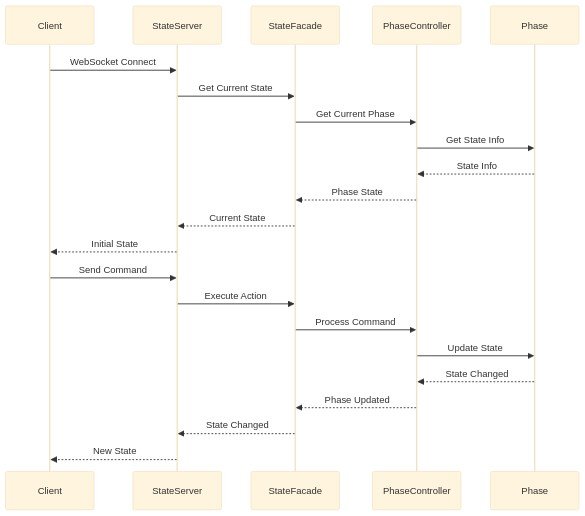
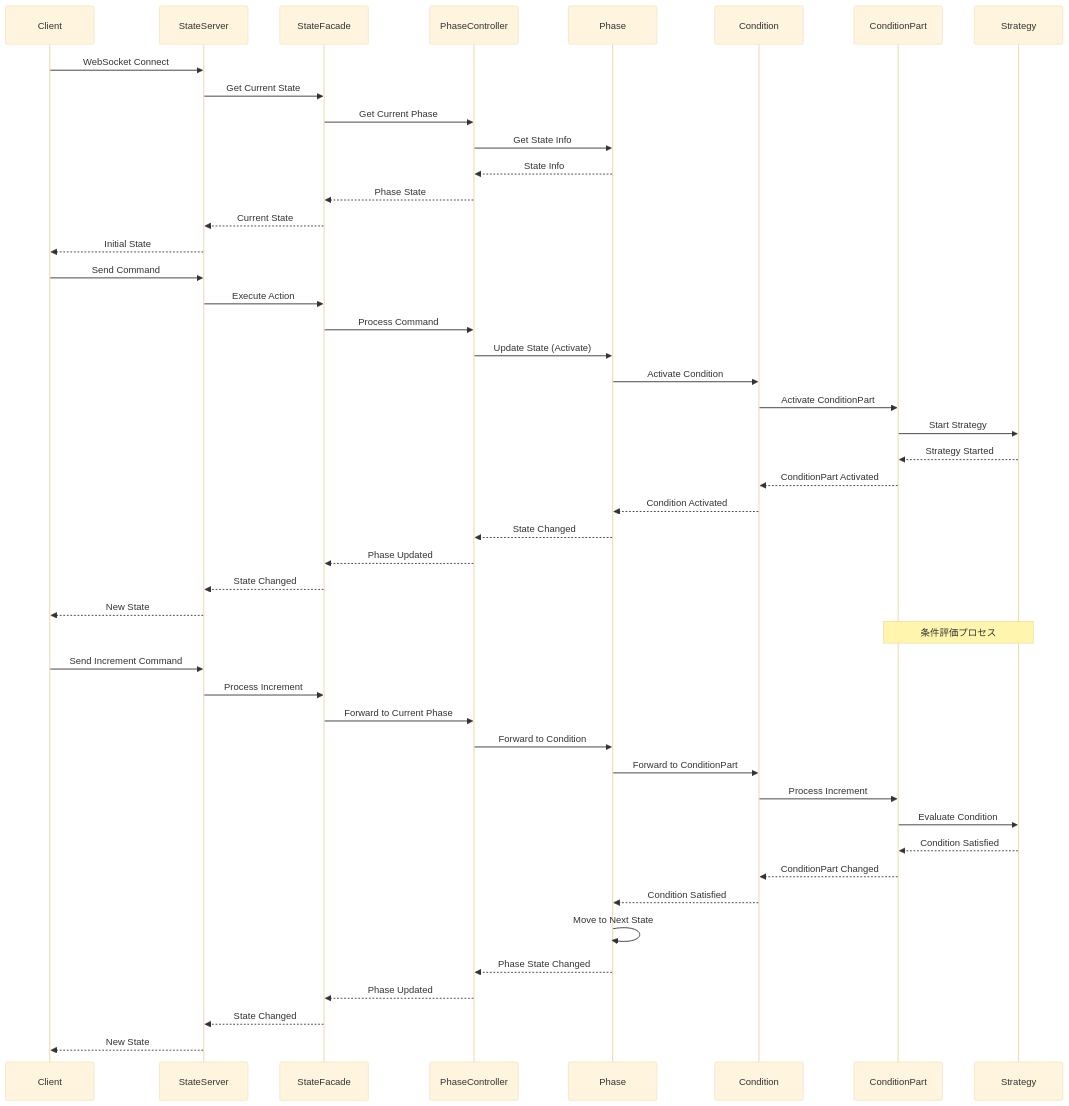
The second of 8 diagrams in docs/README.md (mormorbump/FsmStateMachineSample), drawn with Mermaid (base theme) before and after one commit. The commit also changed other lines of this file, not shown here.

````diff
--- a/docs/README.md
+++ b/docs/README.md
@@ -61,26 +61,52 @@
 ```mermaid
 sequenceDiagram
     participant C as Client
     participant S as StateServer
     participant F as StateFacade
     participant PC as PhaseController
     participant P as Phase
+    participant Cond as Condition
+    participant CP as ConditionPart
+    participant Strat as Strategy
 
     C->>S: WebSocket Connect
     S->>F: Get Current State
     F->>PC: Get Current Phase
     PC->>P: Get State Info
     P-->>PC: State Info
     PC-->>F: Phase State
     F-->>S: Current State
     S-->>C: Initial State
 
     C->>S: Send Command
     S->>F: Execute Action
     F->>PC: Process Command
-    PC->>P: Update State
+    PC->>P: Update State (Activate)
+    P->>Cond: Activate Condition
+    Cond->>CP: Activate ConditionPart
+    CP->>Strat: Start Strategy
+    Strat-->>CP: Strategy Started
+    CP-->>Cond: ConditionPart Activated
+    Cond-->>P: Condition Activated
     P-->>PC: State Changed
     PC-->>F: Phase Updated
     F-->>S: State Changed
     S-->>C: New State
+
+    Note over CP,Strat: 条件評価プロセス
+    C->>S: Send Increment Command
+    S->>F: Process Increment
+    F->>PC: Forward to Current Phase
+    PC->>P: Forward to Condition
+    P->>Cond: Forward to ConditionPart
+    Cond->>CP: Process Increment
+    CP->>Strat: Evaluate Condition
+    Strat-->>CP: Condition Satisfied
+    CP-->>Cond: ConditionPart Changed
+    Cond-->>P: Condition Satisfied
+    P->>P: Move to Next State
+    P-->>PC: Phase State Changed
+    PC-->>F: Phase Updated
+    F-->>S: State Changed
+    S-->>C: New State
 ```
````
